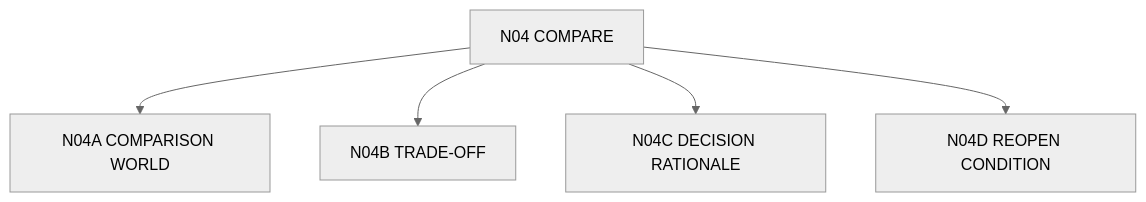
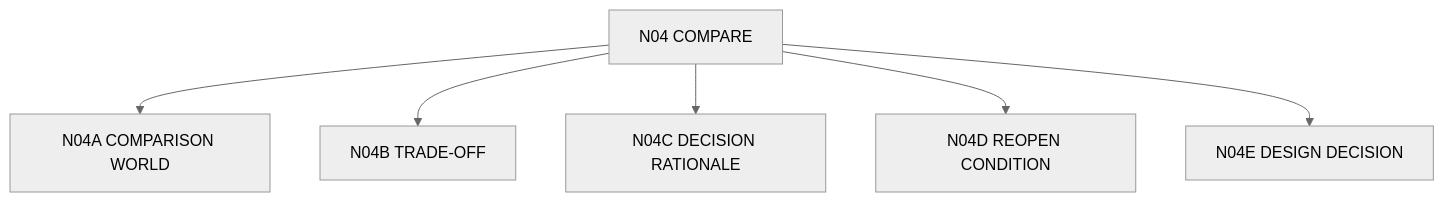
One commit to Jiaosong/Design changed the third of 3 diagrams in product-docs/v0.3/nodes/N04_COMPARE.md. Above: the diagram before and after it, drawn with Mermaid (neutral theme). The commit also changed other lines of this file and 71 other files, not shown here.

````diff
--- a/product-docs/v0.3/nodes/N04_COMPARE.md
+++ b/product-docs/v0.3/nodes/N04_COMPARE.md
@@ -63,8 +71,9 @@
 ```mermaid
 flowchart TB
     P[N04 COMPARE]
     P --> N04A[N04A COMPARISON WORLD]
     P --> N04B[N04B TRADE-OFF]
     P --> N04C[N04C DECISION RATIONALE]
     P --> N04D[N04D REOPEN CONDITION]
+    P --> N04E[N04E DESIGN DECISION]
 ```
````
